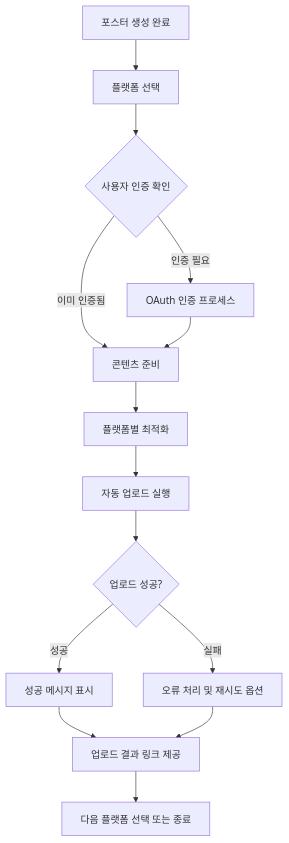
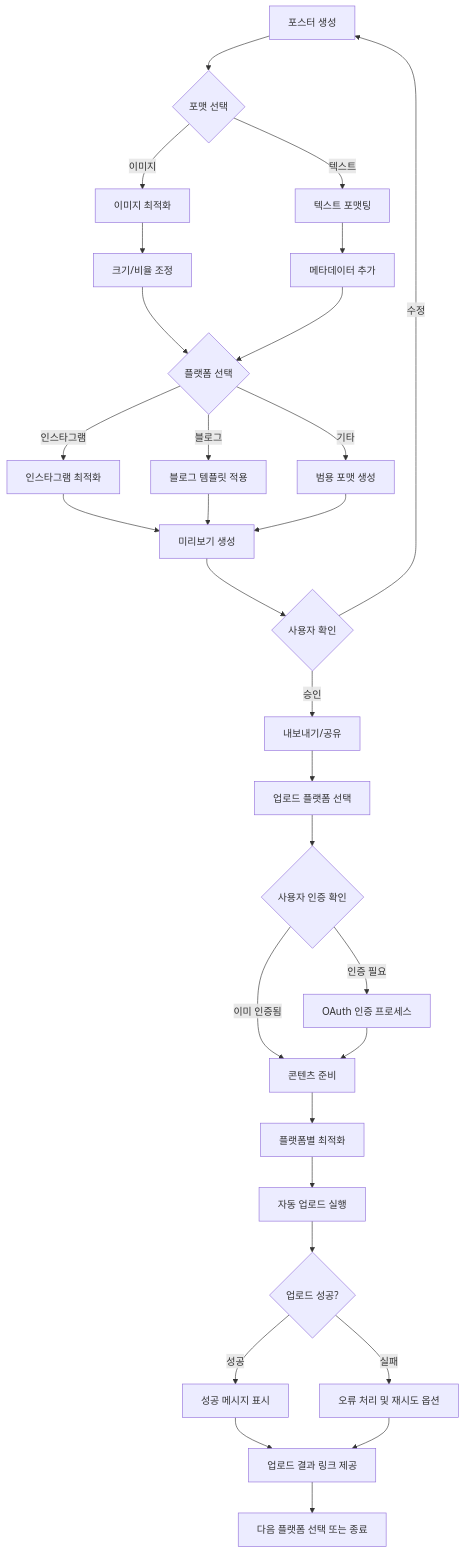
Before and after one commit to duckgeunpark/Trip: the diagram in README.md, drawn with Mermaid.

Commit message:
프로세스 수정

````diff
--- a/README.md
+++ b/README.md
@@ -43,15 +43,28 @@
 ```mermaid
 graph TD
-    A[포스터 생성 완료] --> B[플랫폼 선택]
-    B --> C{사용자 인증 확인}
-    C -->|인증 필요| D[OAuth 인증 프로세스]
-    C -->|이미 인증됨| E[콘텐츠 준비]
-    D --> E
-    E --> F[플랫폼별 최적화]
-    F --> G[자동 업로드 실행]
-    G --> H{업로드 성공?}
-    H -->|성공| I[성공 메시지 표시]
-    H -->|실패| J[오류 처리 및 재시도 옵션]
-    I & J --> K[업로드 결과 링크 제공]
-    K --> L[다음 플랫폼 선택 또는 종료]
+    A[포스터 생성] --> B{포맷 선택}
+    B --> |이미지| C[이미지 최적화]
+    B --> |텍스트| D[텍스트 포맷팅]
+    C --> E[크기/비율 조정]
+    D --> F[메타데이터 추가]
+    E & F --> G{플랫폼 선택}
+    G --> |인스타그램| H[인스타그램 최적화]
+    G --> |블로그| I[블로그 템플릿 적용]
+    G --> |기타| J[범용 포맷 생성]
+    H & I & J --> K[미리보기 생성]
+    K --> L{사용자 확인}
+    L --> |승인| M[내보내기/공유]
+    L --> |수정| A
+    M --> N[업로드 플랫폼 선택]
+    N --> O{사용자 인증 확인}
+    O -->|인증 필요| P[OAuth 인증 프로세스]
+    O -->|이미 인증됨| Q[콘텐츠 준비]
+    P --> Q
+    Q --> R[플랫폼별 최적화]
+    R --> S[자동 업로드 실행]
+    S --> T{업로드 성공?}
+    T -->|성공| U[성공 메시지 표시]
+    T -->|실패| V[오류 처리 및 재시도 옵션]
+    U & V --> W[업로드 결과 링크 제공]
+    W --> X[다음 플랫폼 선택 또는 종료]
 ```
````
